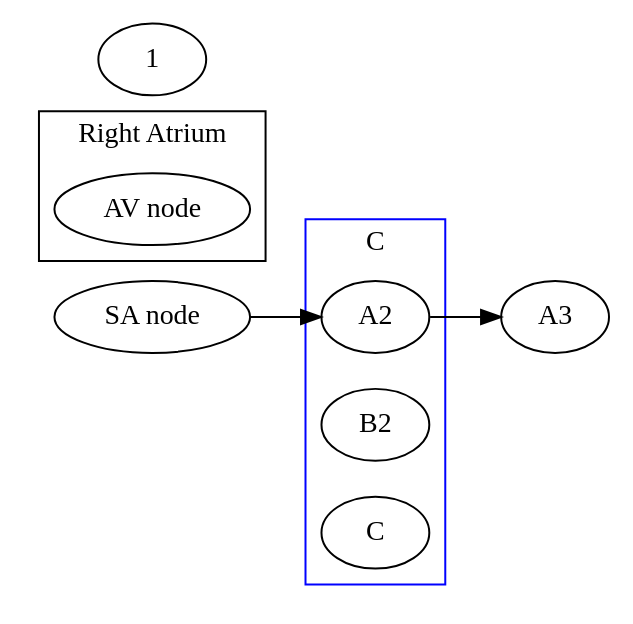
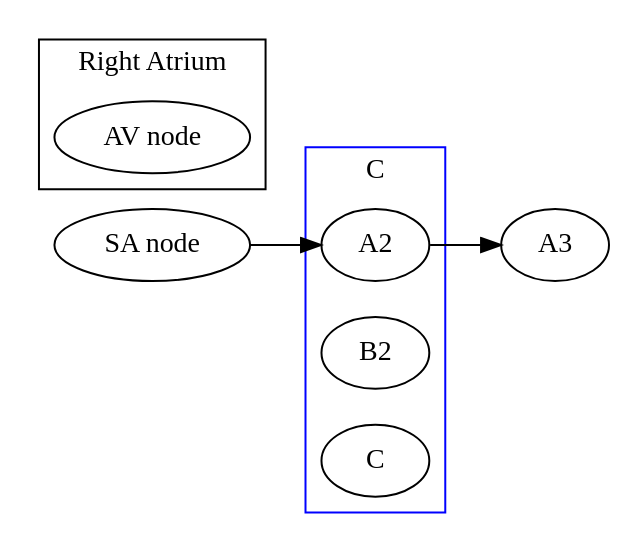
The second of 2 diagrams in NURS380_Practicum/Topics/EKG/EKG and Rhythms.md (meirisoda/school_spring2024), drawn with Graphviz before and after one commit.

Commit message:
vault backup: 2024-02-19 17:47:57

````diff
--- a/NURS380_Practicum/Topics/EKG/EKG and Rhythms.md
+++ b/NURS380_Practicum/Topics/EKG/EKG and Rhythms.md
@@ -209,31 +209,29 @@
 ```dot
 digraph g{
 	rankdir = LR;
-	node [shape = none]
-	
 	node [shape = ellipse]
 	
 	A->A2->A3;
 
 	subgraph cluster0{
 		shape=rect;
 		rank=same;
 		A [label="SA node"];
 		B [label="AV node"];
 		label="Right Atrium";
 	}
 	
 	subgraph cluster1{
 		shape = rect;
 		rank=same;
 		A2;
 		B2;
 		C;
 		color=blue;
 		label="C";
 	}
 	
-	{ rank=same; 1; A;}
-	{ rank=same;  A3;}
+	{ rank=same; A;}
+	{ rank=same; A3;}
 }
 ```
````
